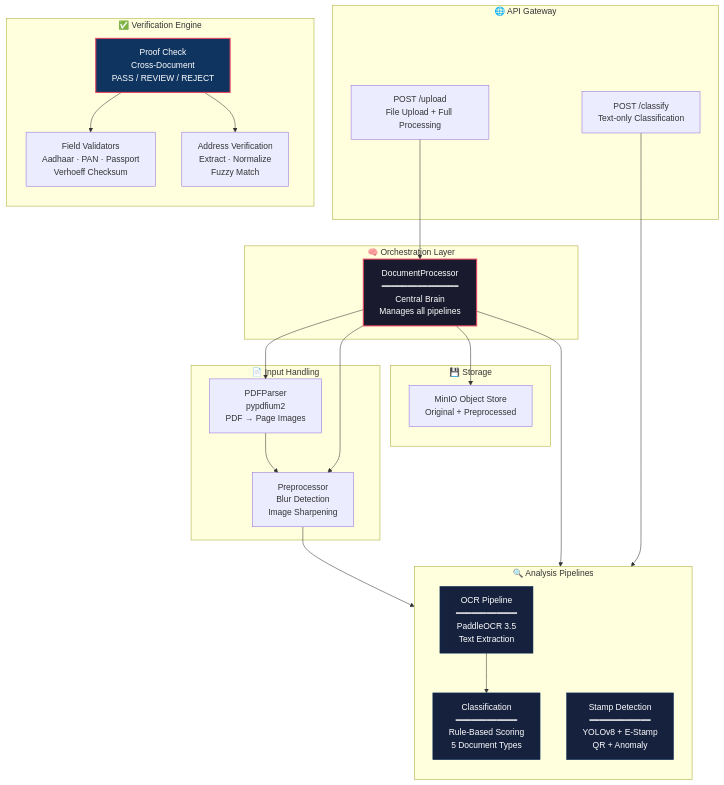
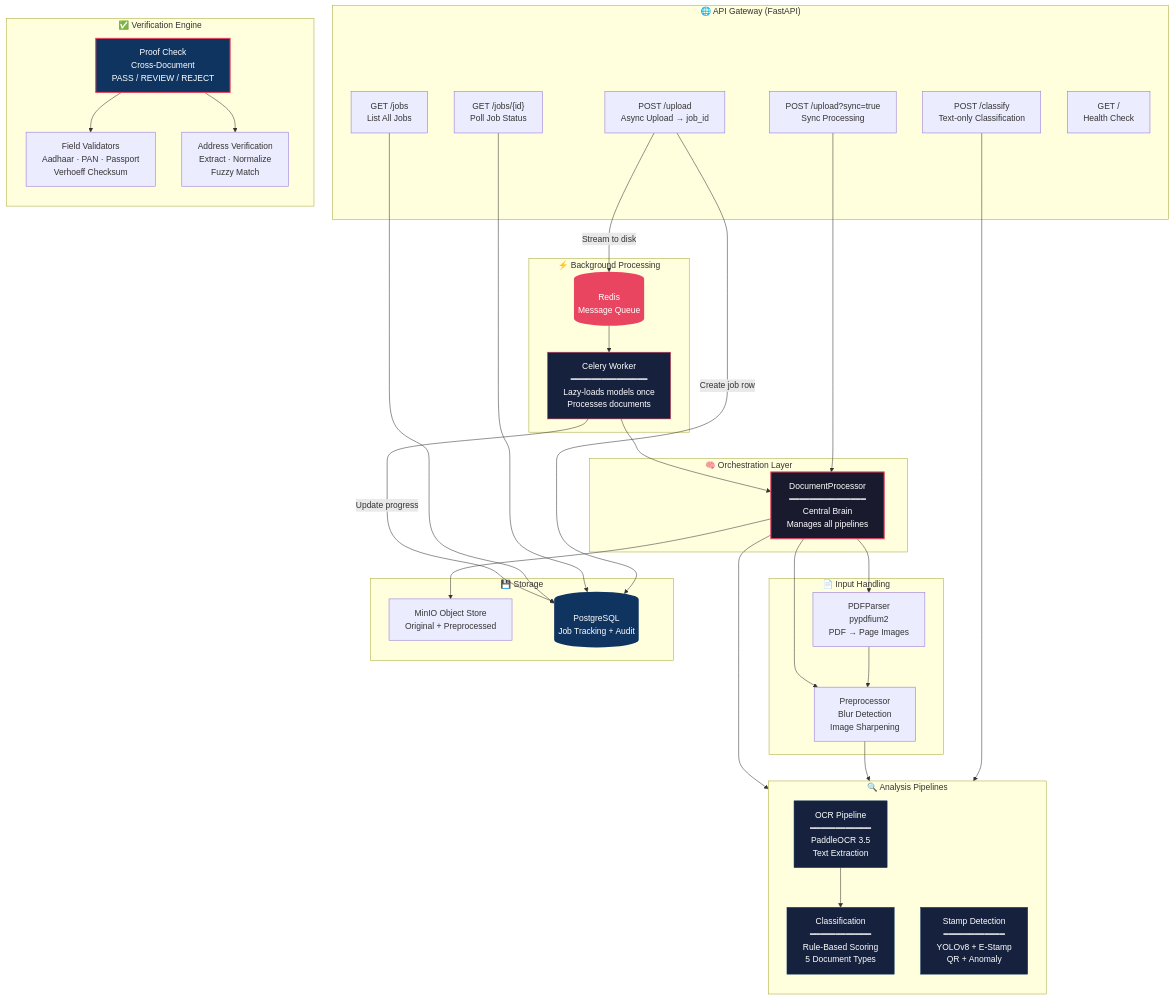
Before and after one commit to Sakshisingh-BV/Intellicheck-Docs: the first of 18 diagrams in ARCHITECTURE.md, drawn with Mermaid. The commit also changed other lines of this file and 1 other file, not shown here.

Commit message:
docs: update architecture for Redis integration

````diff
--- a/ARCHITECTURE.md
+++ b/ARCHITECTURE.md
@@ -10,50 +10,69 @@
 ```mermaid
 graph TB
-    subgraph "🌐 API Gateway"
-        A1["POST /upload<br/>File Upload + Full Processing"]
+    subgraph "🌐 API Gateway (FastAPI)"
+        A1["POST /upload<br/>Async Upload → job_id"]
+        A1S["POST /upload?sync=true<br/>Sync Processing"]
         A2["POST /classify<br/>Text-only Classification"]
+        A3["GET /jobs/{id}<br/>Poll Job Status"]
+        A4["GET /jobs<br/>List All Jobs"]
+        A5["GET /<br/>Health Check"]
+    end
+
+    subgraph "⚡ Background Processing"
+        RD[("Redis<br/>Message Queue")]
+        CW["Celery Worker<br/>━━━━━━━━━━━━━━━<br/>Lazy-loads models once<br/>Processes documents"]
     end
 
     subgraph "🧠 Orchestration Layer"
         DP["DocumentProcessor<br/>━━━━━━━━━━━━━━━<br/>Central Brain<br/>Manages all pipelines"]
     end
 
     subgraph "📄 Input Handling"
         PDF["PDFParser<br/>pypdfium2<br/>PDF → Page Images"]
         PRE["Preprocessor<br/>Blur Detection<br/>Image Sharpening"]
     end
 
     subgraph "🔍 Analysis Pipelines"
         direction TB
         OCR["OCR Pipeline<br/>━━━━━━━━━━━━<br/>PaddleOCR 3.5<br/>Text Extraction"]
         CLS["Classification<br/>━━━━━━━━━━━━<br/>Rule-Based Scoring<br/>5 Document Types"]
         STM["Stamp Detection<br/>━━━━━━━━━━━━<br/>YOLOv8 + E-Stamp<br/>QR + Anomaly"]
     end
 
     subgraph "✅ Verification Engine"
         direction TB
         FV["Field Validators<br/>Aadhaar · PAN · Passport<br/>Verhoeff Checksum"]
         AV["Address Verification<br/>Extract · Normalize<br/>Fuzzy Match"]
         PC["Proof Check<br/>Cross-Document<br/>PASS / REVIEW / REJECT"]
     end
 
     subgraph "💾 Storage"
         MIO["MinIO Object Store<br/>Original + Preprocessed"]
+        PG[("PostgreSQL<br/>Job Tracking + Audit")]
     end
 
-    A1 --> DP
+    A1 -->|"Stream to disk"| RD
+    A1 -->|"Create job row"| PG
+    A1S --> DP
     A2 --> CLS
+    A3 --> PG
+    A4 --> PG
+    RD --> CW --> DP
+    CW -->|"Update progress"| PG
     DP --> PDF --> PRE
     DP --> PRE
     PRE --> OCR --> CLS
     DP --> STM
     DP --> MIO
     PC --> FV
     PC --> AV
 
     style DP fill:#1a1a2e,stroke:#e94560,color:#fff,stroke-width:2px
+    style RD fill:#e94560,color:#fff,stroke:none
+    style PG fill:#0f3460,color:#fff,stroke:none
+    style CW fill:#16213e,stroke:#e94560,color:#fff
     style OCR fill:#16213e,stroke:#0f3460,color:#fff
     style CLS fill:#16213e,stroke:#0f3460,color:#fff
     style STM fill:#16213e,stroke:#0f3460,color:#fff
     style PC fill:#0f3460,stroke:#e94560,color:#fff,stroke-width:2px
 ```
````
